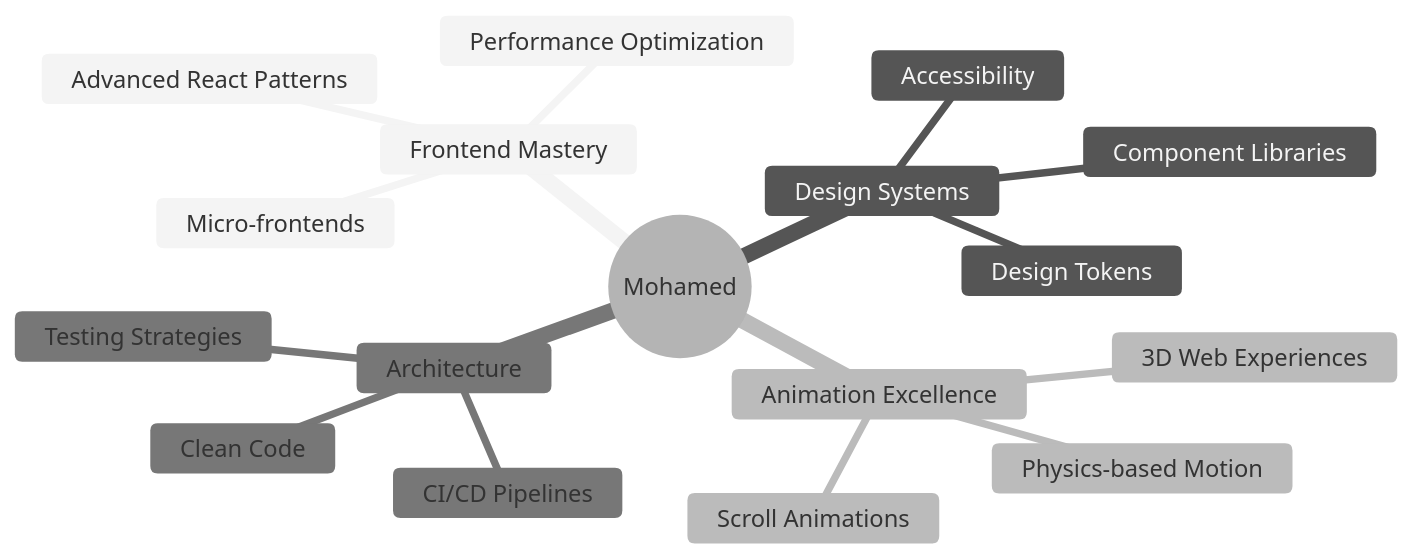
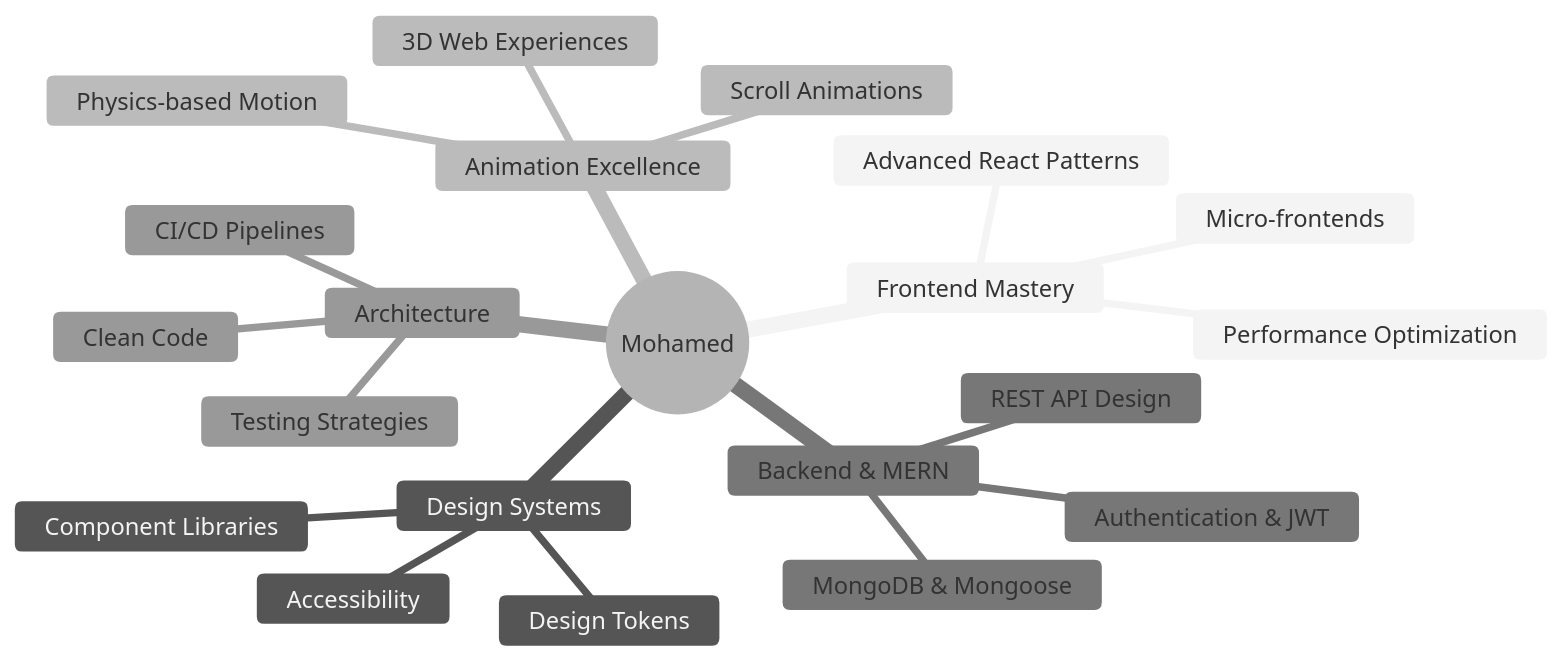
The diagram in README.md (MoMedhat10/MoMedhat10), drawn with Mermaid (neutral theme) before and after one commit. The commit also changed other lines of this file, not shown here.

````diff
--- a/README.md
+++ b/README.md
@@ -124,20 +126,24 @@
 ```mermaid
 mindmap
   root((Mohamed))
     Frontend Mastery
       Advanced React Patterns
       Performance Optimization
       Micro-frontends
     Design Systems
       Component Libraries
       Design Tokens
       Accessibility
     Animation Excellence
       3D Web Experiences
       Scroll Animations
       Physics-based Motion
+    Backend & MERN
+      REST API Design
+      MongoDB & Mongoose
+      Authentication & JWT
     Architecture
       Clean Code
       Testing Strategies
       CI/CD Pipelines
 ```
````
